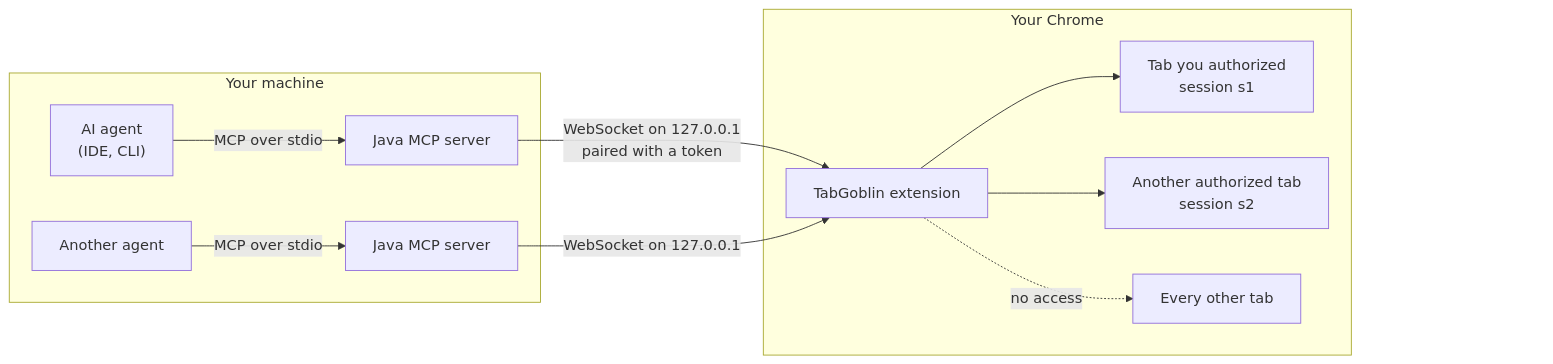
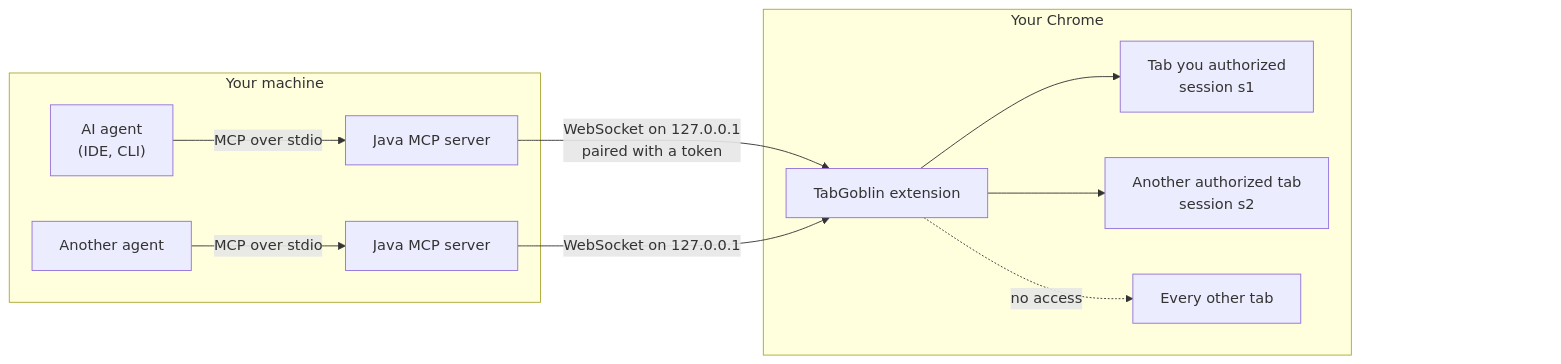
The diagram in README.md (LaughingManCommits/TabGoblin), drawn with Mermaid before and after one commit. The commit also changed 29 other files, not shown here.

````diff
--- a/README.md
+++ b/README.md
@@ -14,17 +14,19 @@
 ```mermaid
 flowchart LR
   subgraph IDE["Your machine"]
     A1["AI agent<br/>(IDE, CLI)"] -- "MCP over stdio" --> S1["Java MCP server"]
     A2["Another agent"] -- "MCP over stdio" --> S2["Java MCP server"]
   end
   subgraph Chrome["Your Chrome"]
     X["TabGoblin extension"] --> T1["Tab you authorized<br/>session s1"]
     X --> T2["Another authorized tab<br/>session s2"]
     X -. "no access" .-> T3["Every other tab"]
   end
   S1 -- "WebSocket on 127.0.0.1<br/>paired with a token" --> X
   S2 -- "WebSocket on 127.0.0.1" --> X
-  %% An empty place at the right edge: GitHub lays its zoom buttons over the bottom right corner of a diagram.
-  T3 ~~~ ROOM["&nbsp;&nbsp;&nbsp;&nbsp;&nbsp;&nbsp;&nbsp;&nbsp;&nbsp;&nbsp;&nbsp;&nbsp;&nbsp;&nbsp;&nbsp;&nbsp;&nbsp;&nbsp;&nbsp;&nbsp;"]
-  style ROOM fill:none,stroke:none
+  %% Empty places at the right edge: GitHub lays its zoom buttons over the bottom right corner of a
+  %% diagram. One was too little: an empty box has next to no width there, only the gap before it.
+  T3 ~~~ ROOM1[" "] ~~~ ROOM2[" "]
+  style ROOM1 fill:none,stroke:none
+  style ROOM2 fill:none,stroke:none
 ```
````
